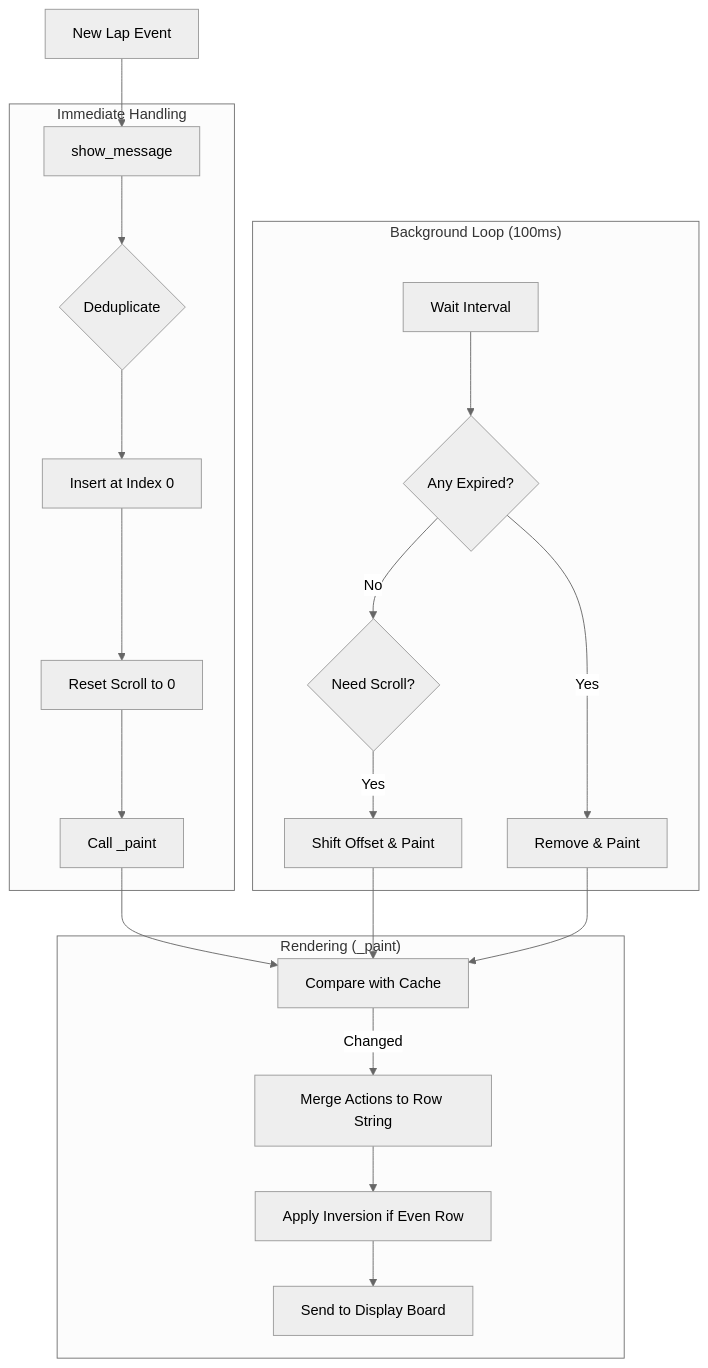
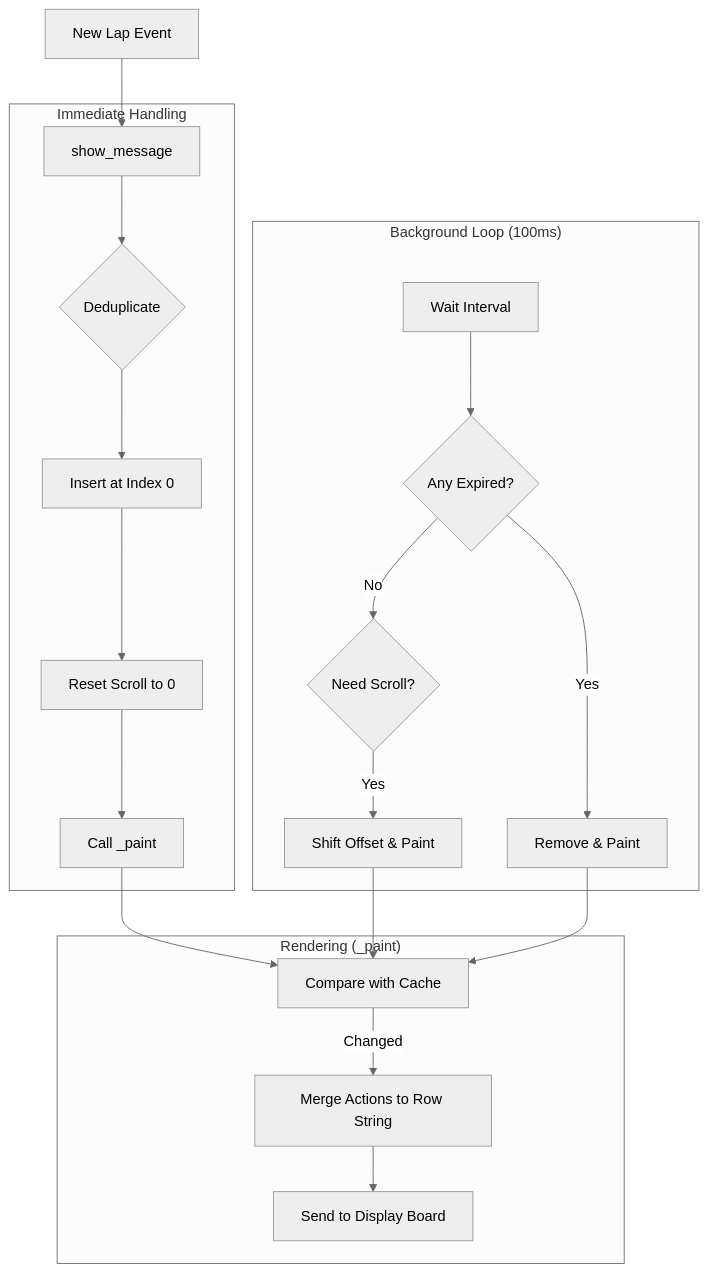
The diagram in lap_pipeline.md (tommaso-bertola/lap-counter), drawn with Mermaid (neutral theme) before and after one commit. The commit also changed other lines of this file and 4 other files, not shown here.

````diff
--- a/lap_pipeline.md
+++ b/lap_pipeline.md
@@ -36,27 +35,26 @@
 ```mermaid
 graph TD
     A[New Lap Event] --> B[show_message]
     
     subgraph "Immediate Handling"
         B --> C{Deduplicate}
         C --> D[Insert at Index 0]
         D --> E[Reset Scroll to 0]
         E --> F[Call _paint]
     end
     
     subgraph "Background Loop (100ms)"
         G[Wait Interval] --> H{Any Expired?}
         H -- Yes --> I[Remove & Paint]
         H -- No --> J{Need Scroll?}
         J -- Yes --> K[Shift Offset & Paint]
     end
     
     subgraph "Rendering (_paint)"
         F --> L[Compare with Cache]
         K --> L
         I --> L
         L -- Changed --> M[Merge Actions to Row String]
-        M --> N[Apply Inversion if Even Row]
-        N --> O[Send to Display Board]
+        M --> O[Send to Display Board]
     end
 ```
````
